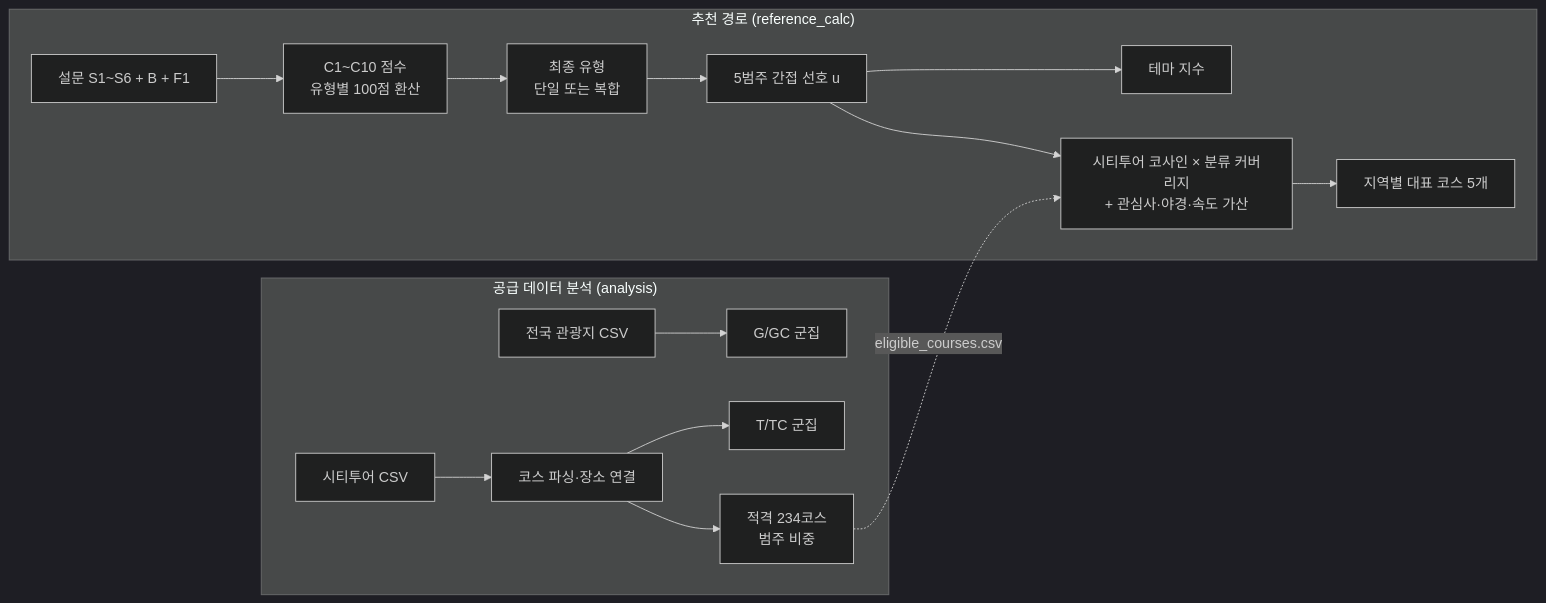
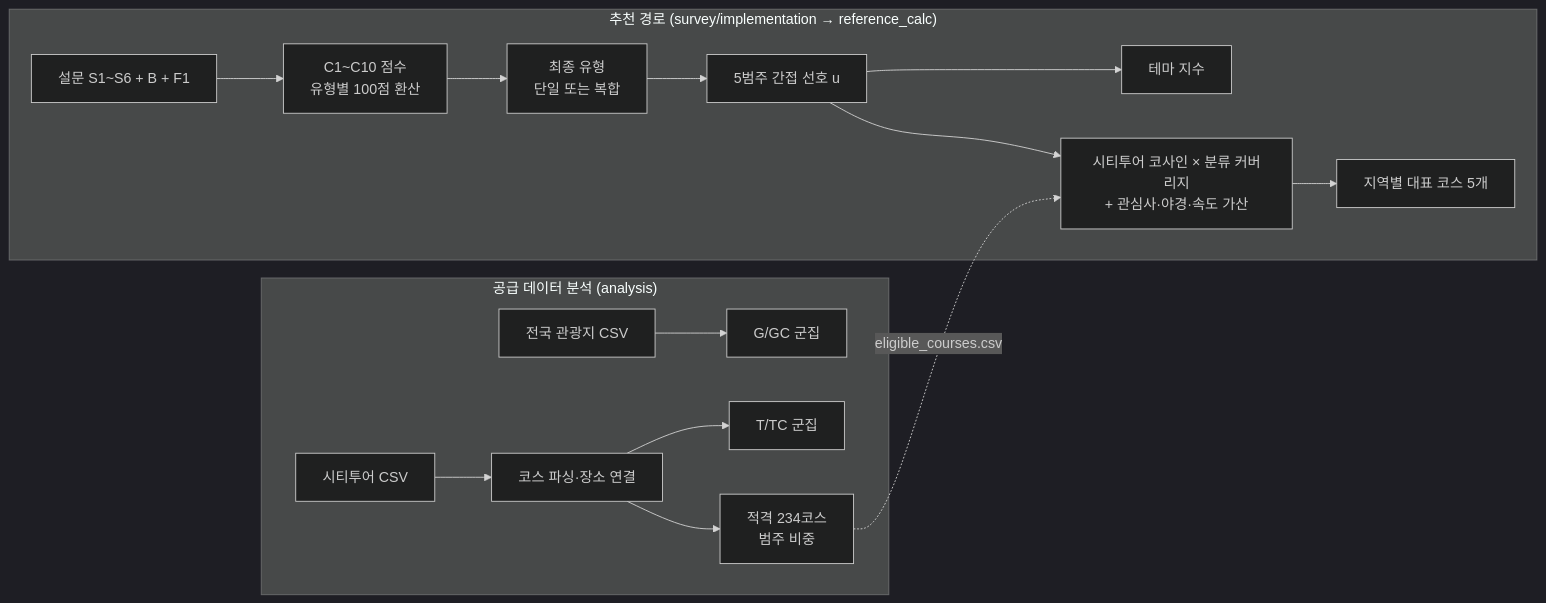
Before and after one commit to TourLabOrganization/Data-Analytics: the diagram in README.md, drawn with Mermaid (dark theme). The commit also changed other lines of this file and 1 other file, not shown here.

````diff
--- a/README.md
+++ b/README.md
@@ -41,18 +42,18 @@
 ```mermaid
 flowchart LR
-  subgraph REC["추천 경로 (reference_calc)"]
+  subgraph REC["추천 경로 (survey/implementation → reference_calc)"]
     A["설문 S1~S6 + B + F1"] --> B["C1~C10 점수<br/>유형별 100점 환산"]
     B --> C["최종 유형<br/>단일 또는 복합"]
     C --> D["5범주 간접 선호 u"]
     D --> E["테마 지수"]
     D --> F["시티투어 코사인 × 분류 커버리지<br/>+ 관심사·야경·속도 가산"]
     F --> G["지역별 대표 코스 5개"]
   end
   subgraph ANA["공급 데이터 분석 (analysis)"]
     H["전국 관광지 CSV"] --> I["G/GC 군집"]
     J["시티투어 CSV"] --> K["코스 파싱·장소 연결"]
     K --> L["T/TC 군집"]
     K --> M["적격 234코스<br/>범주 비중"]
   end
   M -. "eligible_courses.csv" .-> F
 ```
````
